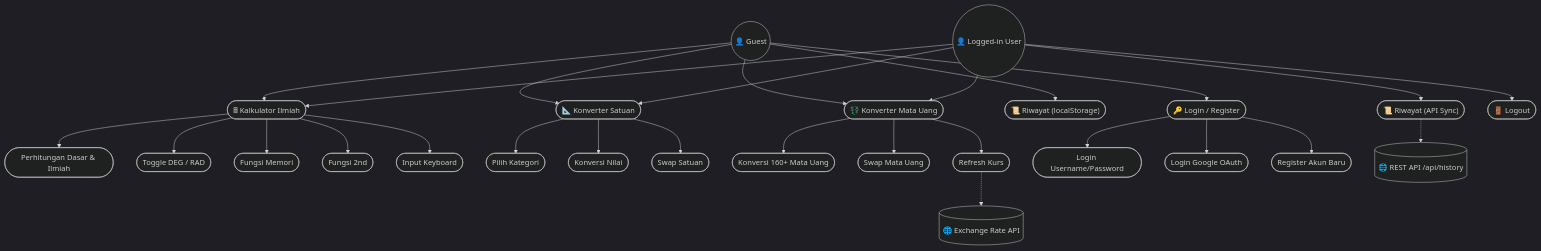
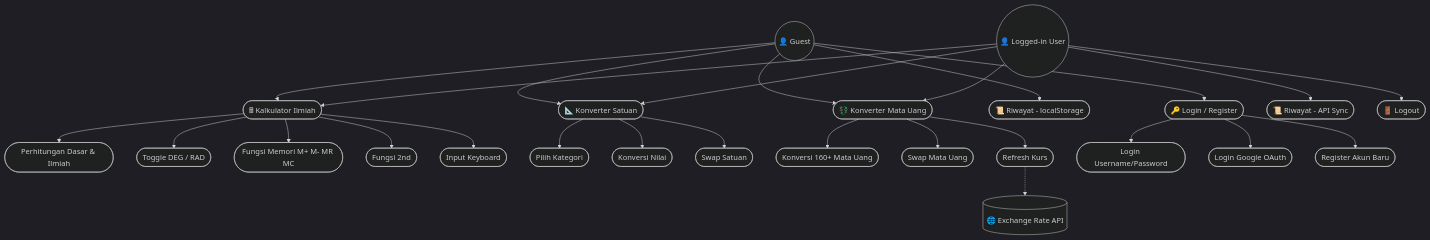
One commit to falcon-ioi/Caclcon changed the first of 6 diagrams in e-concalc-web/README.md. Above: the diagram before and after it, drawn with Mermaid (dark theme). The commit also changed other lines of this file, not shown here.

````diff
--- a/e-concalc-web/README.md
+++ b/e-concalc-web/README.md
@@ -151,38 +92,36 @@
 ```mermaid
 flowchart TD
     Guest(("👤 Guest"))
     User(("👤 Logged-in User"))
 
     Guest --> A(["🖩 Kalkulator Ilmiah"])
     Guest --> B(["📐 Konverter Satuan"])
     Guest --> C(["💱 Konverter Mata Uang"])
-    Guest --> D(["📜 Riwayat (localStorage)"])
+    Guest --> D(["📜 Riwayat - localStorage"])
     Guest --> Auth(["🔑 Login / Register"])
 
     User --> A
     User --> B
     User --> C
-    User --> E(["📜 Riwayat (API Sync)"])
+    User --> E(["📜 Riwayat - API Sync"])
     User --> F(["🚪 Logout"])
 
     A --> A1(["Perhitungan Dasar & Ilmiah"])
     A --> A2(["Toggle DEG / RAD"])
-    A --> A3(["Fungsi Memori"])
+    A --> A3(["Fungsi Memori M+ M- MR MC"])
     A --> A4(["Fungsi 2nd"])
     A --> A5(["Input Keyboard"])
 
     B --> B1(["Pilih Kategori"])
     B --> B2(["Konversi Nilai"])
     B --> B3(["Swap Satuan"])
 
     C --> C1(["Konversi 160+ Mata Uang"])
     C --> C2(["Swap Mata Uang"])
     C --> C3(["Refresh Kurs"])
     C3 -.-> API[("🌐 Exchange Rate API")]
 
     Auth --> Auth1(["Login Username/Password"])
     Auth --> Auth2(["Login Google OAuth"])
     Auth --> Auth3(["Register Akun Baru"])
-
-    E -.-> API2[("🌐 REST API /api/history")]
 ```
````
